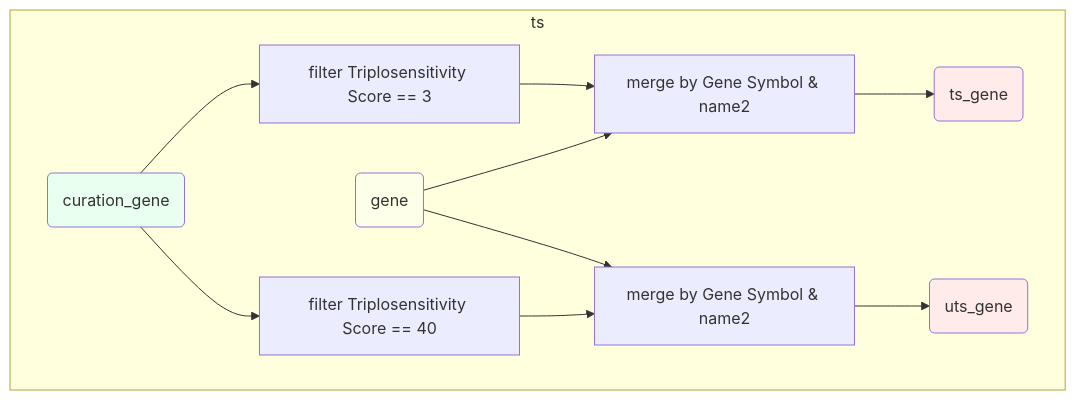
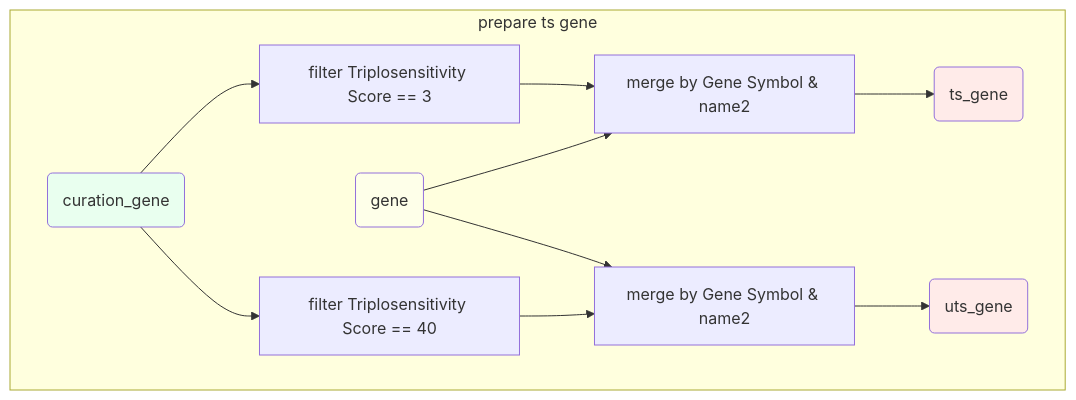
One commit to zhonghua-wang/autocnv changed the third of 7 diagrams in database-prepare/database-create-flowchart.md. Above: the diagram before and after it, drawn with Mermaid. The commit also changed other lines of this file, not shown here.

Commit message:
修正流程图循环问题

````diff
--- a/database-prepare/database-create-flowchart.md
+++ b/database-prepare/database-create-flowchart.md
@@ -124,39 +124,39 @@
 ```mermaid
 graph TD
 	
 	classDef input fill:#e9ffef
 	
 	classDef output fill:#ffebe9
 	
 	classDef variable fill:#feffe9
 	
-	subgraph ts
+	subgraph prepare ts gene
 		curation_gene("curation_gene")
 		class curation_gene input
 		
 		gene("gene")
 		class gene variable
 		
 		filter_ts["filter Triplosensitivity Score == 3"]
 		curation_gene --> filter_ts
 		
 		merge_ts["merge by Gene Symbol & name2"]
 		filter_ts --> merge_ts
 		gene --> merge_ts
 		
 		ts_gene("ts_gene")
 		class ts_gene output
 		merge_ts --> ts_gene
 		
 		filter_uts["filter Triplosensitivity Score == 40"]
 		curation_gene --> filter_uts
 		
 		merge_uts["merge by Gene Symbol & name2"]
 		gene --> merge_uts
 		filter_uts --> merge_uts
 		
 		uts_gene("uts_gene")
 		class uts_gene output
 		merge_uts --> uts_gene
 	end
 ```
````
